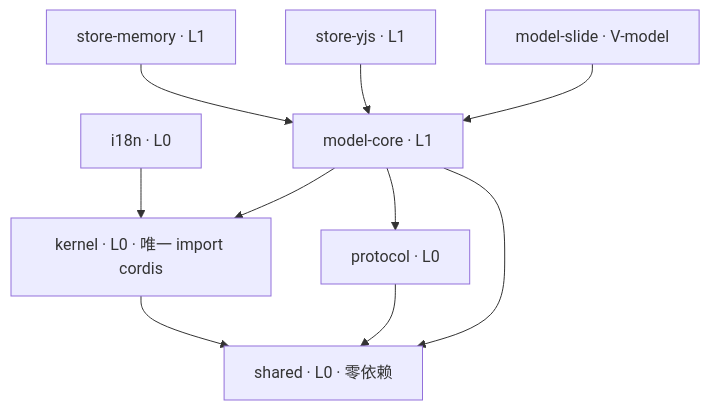
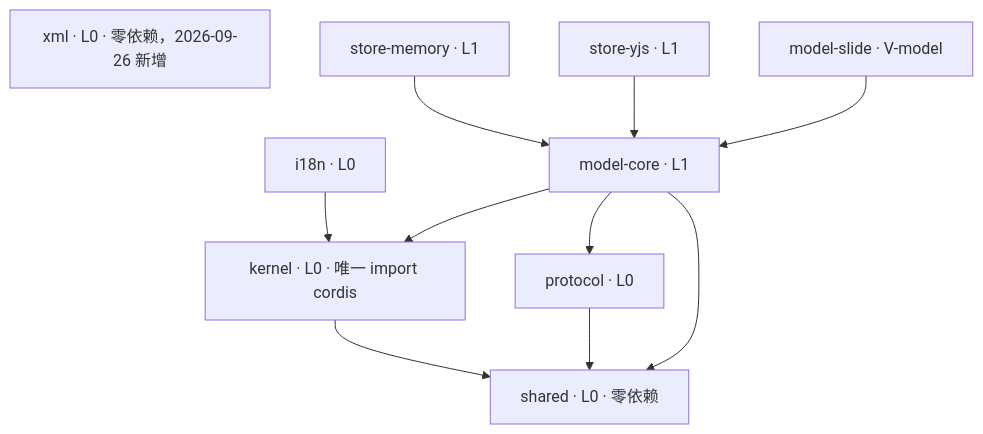
Before and after one commit to Xeonice/cordis-ppt-editor: the eighth of 20 diagrams in docs/00-charter/charter.md, drawn with Mermaid. The commit also changed other lines of this file and 78 other files, not shown here.

````diff
--- a/docs/00-charter/charter.md
+++ b/docs/00-charter/charter.md
@@ -350,20 +387,21 @@
 ```mermaid
 flowchart TB
   i18n["i18n · L0"]
   kernel["kernel · L0 · 唯一 import cordis"]
   protocol["protocol · L0"]
   shared["shared · L0 · 零依赖"]
+  xml["xml · L0 · 零依赖，2026-09-26 新增"]
   modelcore["model-core · L1"]
   storemem["store-memory · L1"]
   storeyjs["store-yjs · L1"]
   modelslide["model-slide · V-model"]
   i18n --> kernel
   kernel --> shared
   protocol --> shared
   modelcore --> kernel
   modelcore --> shared
   modelcore --> protocol
   storemem --> modelcore
   storeyjs --> modelcore
   modelslide --> modelcore
 ```
````
